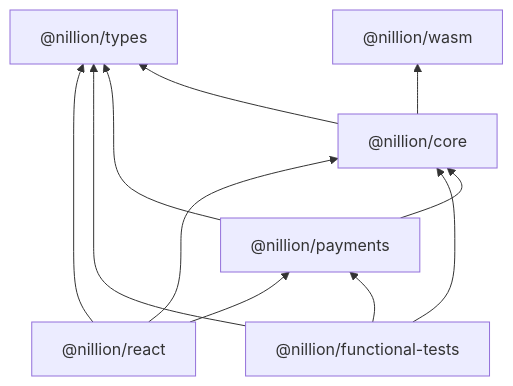
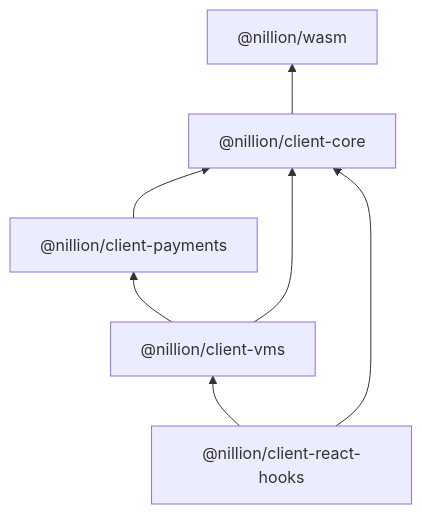
The diagram in README.md (NillionNetwork/client-ts), drawn with Mermaid before and after one commit. The commit also changed other lines of this file and 103 other files, not shown here.

Commit message:
feat: rename pkgs to `@nillion/client-(core|payments|vms|react-hooks)`

````diff
--- a/README.md
+++ b/README.md
@@ -21,13 +34,9 @@
 ```mermaid
 graph BT
-    core["@nillion/core"] --> types["@nillion/types"]
-    core["@nillion/core"] --> wasm["@nillion/wasm"]
-    payments["@nillion/payments"] --> core["@nillion/core"]
-    payments["@nillion/payments"] --> types["@nillion/types"]
-    functional_tests["@nillion/functional-tests"] --> core["@nillion/core"]
-    functional_tests["@nillion/functional-tests"] --> types["@nillion/types"]
-    functional_tests["@nillion/functional-tests"] --> payments["@nillion/payments"]
-    react["@nillion/react"] --> core["@nillion/core"]
-    react["@nillion/react"] --> types["@nillion/types"]
-    react["@nillion/react"] --> payments["@nillion/payments"]
+    core["@nillion/client-core"] --> wasm["@nillion/wasm"]
+    payments["@nillion/client-payments"] --> core["@nillion/client-core"]
+    client["@nillion/client-vms"] --> payments["@nillion/client-payments"]
+    client["@nillion/client-vms"] --> core["@nillion/client-core"]
+    react["@nillion/client-react-hooks"] --> core["@nillion/client-core"]
+    react["@nillion/client-react-hooks"] --> client["@nillion/client-vms"]
 ```
````
